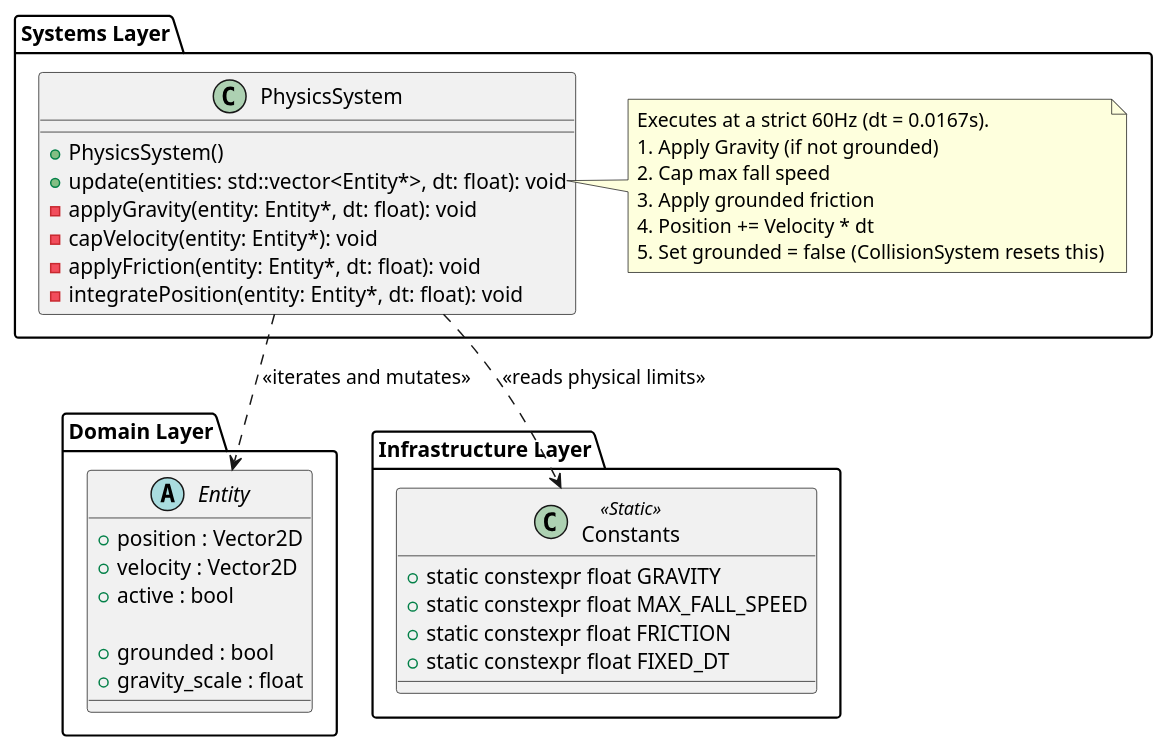
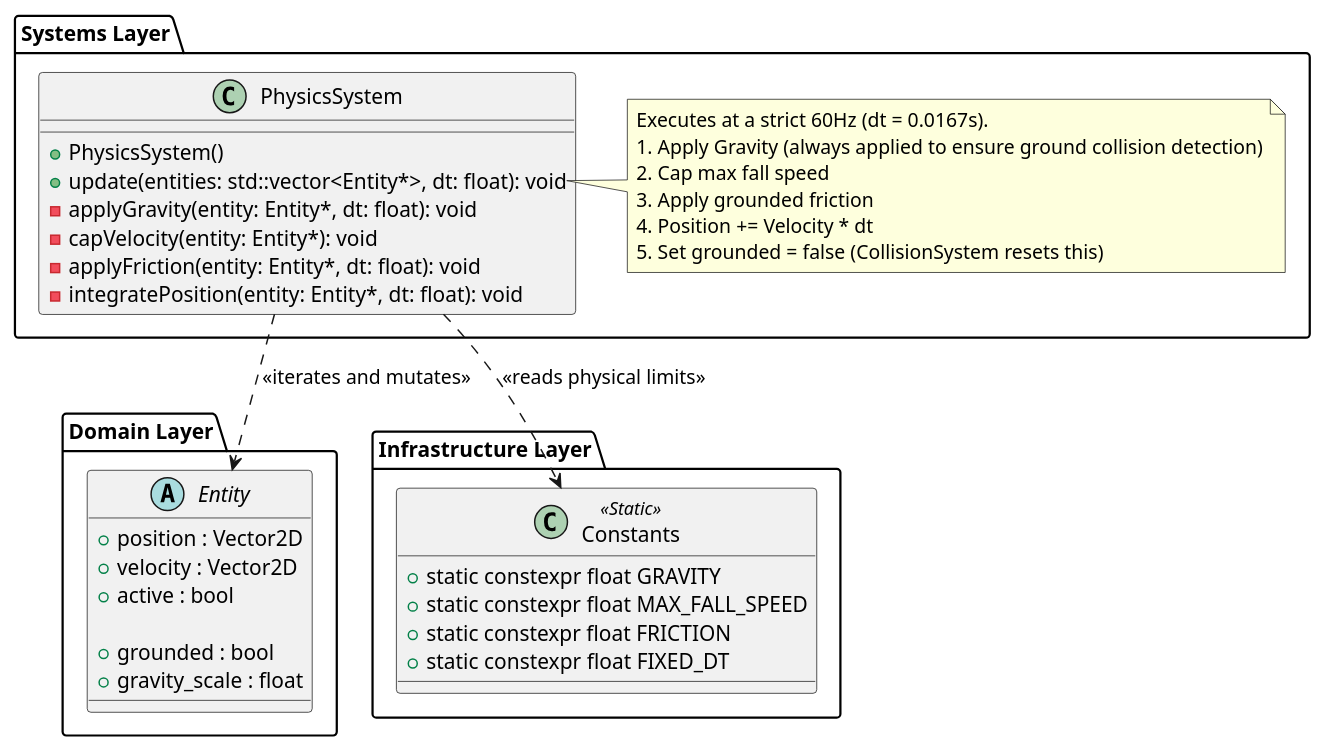
Before and after one commit to ltbinh812/Super_Mario_Plus: the diagram in workflow/system.puml, drawn with PlantUML. The commit also changed other lines of this file and 142 other files, not shown here.

```diff
--- a/workflow/system.puml
+++ b/workflow/system.puml
@@ -1,49 +1,49 @@
 @startuml physics_system
 
 package "Systems Layer" {
     class PhysicsSystem {
         + PhysicsSystem()
         + update(entities: std::vector<Entity*>, dt: float): void
         - applyGravity(entity: Entity*, dt: float): void
         - capVelocity(entity: Entity*): void
         - applyFriction(entity: Entity*, dt: float): void
         - integratePosition(entity: Entity*, dt: float): void
     }
     
     note right of PhysicsSystem::update
       Executes at a strict 60Hz (dt = 0.0167s).
-      1. Apply Gravity (if not grounded)
+      1. Apply Gravity (always applied to ensure ground collision detection)
       2. Cap max fall speed
       3. Apply grounded friction
       4. Position += Velocity * dt
       5. Set grounded = false (CollisionSystem resets this)
     end note
 }
 
 package "Domain Layer" {
     abstract class Entity {
         + position : Vector2D
         + velocity : Vector2D
         + active : bool
         
         ' Physics-specific attributes 
         ' (Often extracted into a PhysicsComponent in pure ECS)
         + grounded : bool
         + gravity_scale : float
     }
 }
 
 package "Infrastructure Layer" {
     class Constants <<Static>> {
         + static constexpr float GRAVITY
         + static constexpr float MAX_FALL_SPEED
         + static constexpr float FRICTION
         + static constexpr float FIXED_DT
     }
 }
 
 ' Relationships
 PhysicsSystem ..> Entity : <<iterates and mutates>>
 PhysicsSystem ..> Constants : <<reads physical limits>>
 
 @enduml
```
